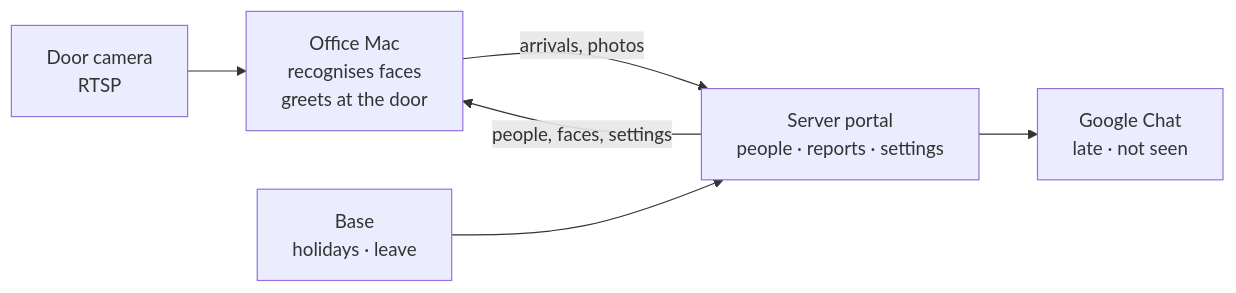
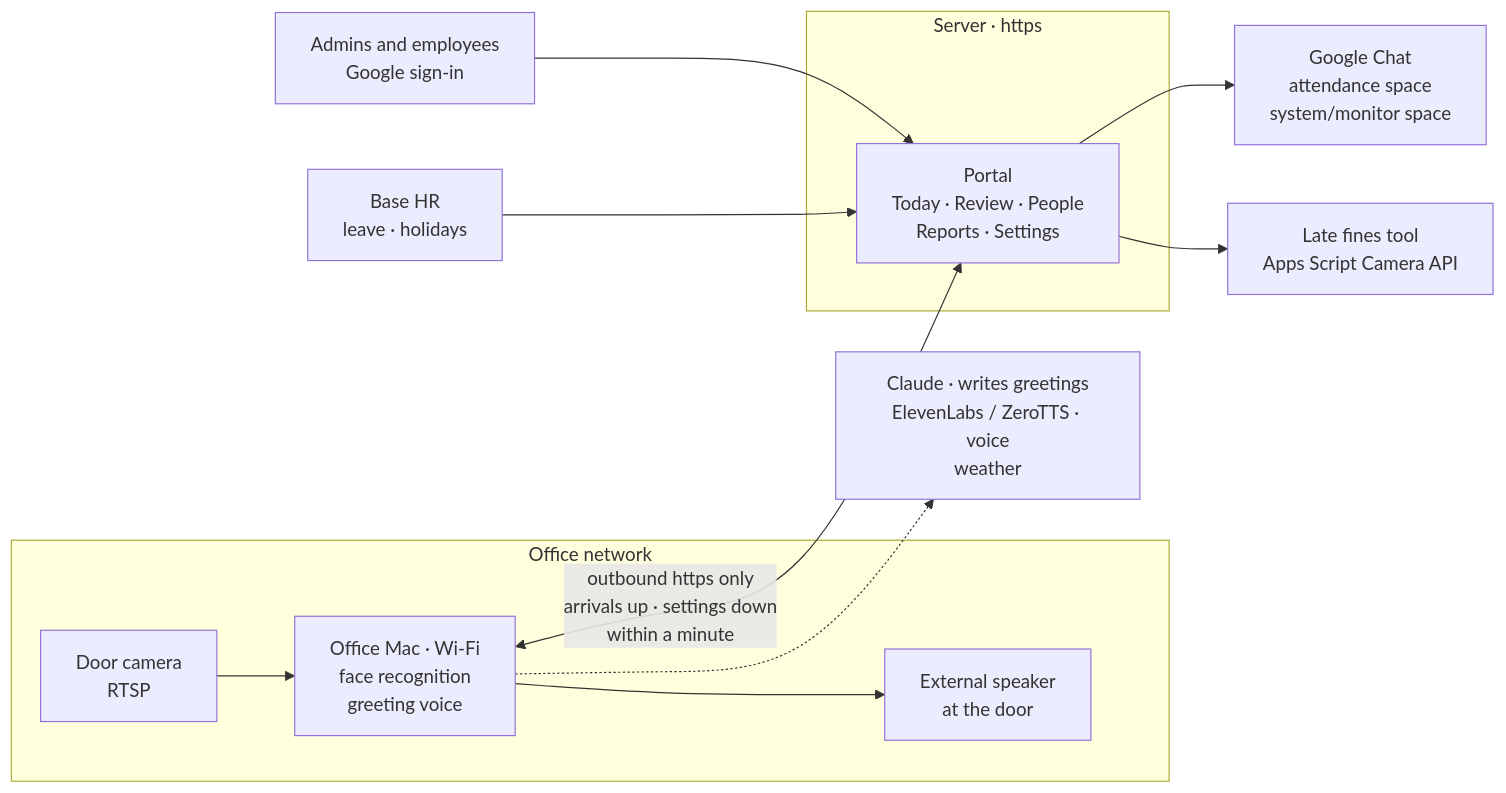
One commit to thanhkaiba/rice-camera changed the first of 3 diagrams in README.md. Above: the diagram before and after it, drawn with Mermaid. The commit also changed other lines of this file and 29 other files, not shown here.

First line of the commit message:
Speaker watch, weather and trends for greetings, titles, pending requests option, README of the live deployment

````diff
--- a/README.md
+++ b/README.md
@@ -9,8 +13,18 @@
 ```mermaid
 flowchart LR
-  cam[Door camera<br>RTSP] --> mac[Office Mac<br>recognises faces<br>greets at the door]
-  mac -->|arrivals, photos| srv[Server portal<br>people · reports · settings]
-  srv -->|people, faces, settings| mac
-  hr[Base<br>holidays · leave] --> srv
-  srv --> chat[Google Chat<br>late · not seen]
+  subgraph office[Office network]
+    cam[Door camera<br>RTSP]
+    mac[Office Mac · Wi-Fi<br>face recognition<br>greeting voice]
+    spk[External speaker<br>at the door]
+    cam --> mac --> spk
+  end
+  subgraph cloud[Server · https]
+    srv[Portal<br>Today · Review · People<br>Reports · Settings]
+  end
+  mac <-->|outbound https only<br>arrivals up · settings down<br>within a minute| srv
+  staff[Admins and employees<br>Google sign-in] --> srv
+  base[Base HR<br>leave · holidays] --> srv
+  srv --> chat[Google Chat<br>attendance space<br>system/monitor space]
+  srv --> fines[Late fines tool<br>Apps Script Camera API]
+  mac -.-> ai[Claude · writes greetings<br>ElevenLabs / ZeroTTS · voice<br>weather]
 ```
````
